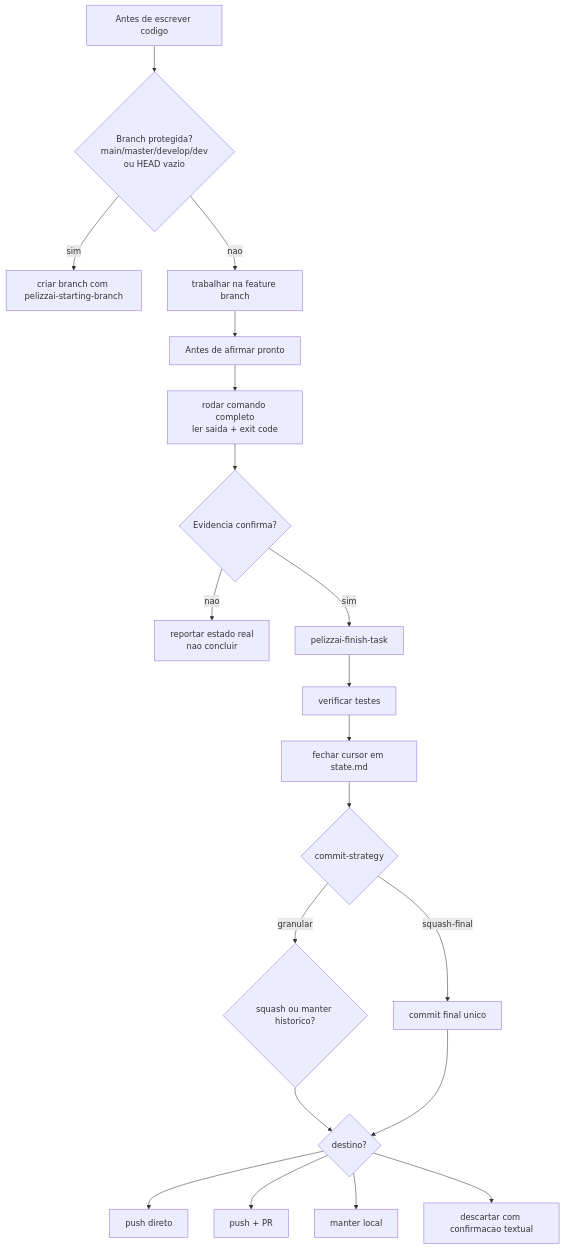
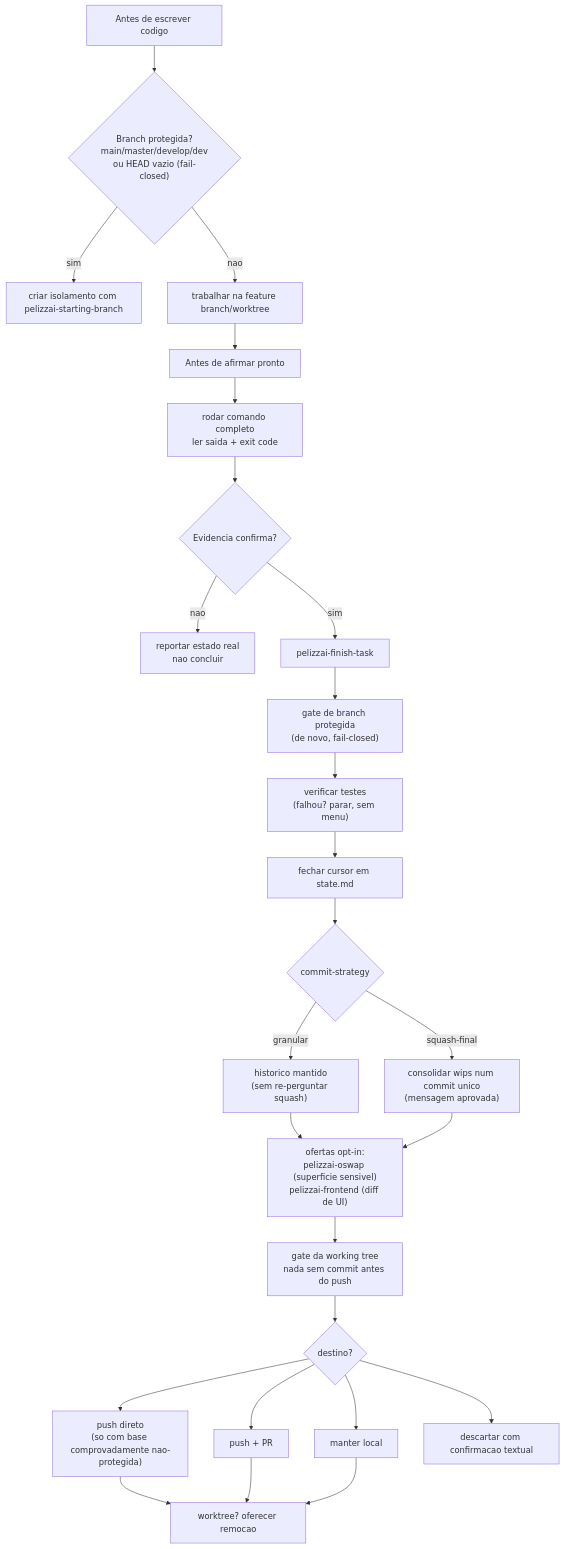
One commit to rpelizza/PelizzAI changed the tenth of 11 diagrams in README.md. Above: the diagram before and after it, drawn with Mermaid. The commit also changed other lines of this file and 34 other files, not shown here.

First line of the commit message:
feat(pelizzai): adiciona OODA e suporte a worktree

````diff
--- a/README.md
+++ b/README.md
@@ -343,24 +389,30 @@
 ```mermaid
 flowchart TD
-    CODE["Antes de escrever codigo"] --> BRANCH{"Branch protegida?<br/>main/master/develop/dev<br/>ou HEAD vazio"}
-    BRANCH -- "sim" --> NEWBR["criar branch com pelizzai-starting-branch"]
-    BRANCH -- "nao" --> WORK["trabalhar na feature branch"]
+    CODE["Antes de escrever codigo"] --> BRANCH{"Branch protegida?<br/>main/master/develop/dev<br/>ou HEAD vazio (fail-closed)"}
+    BRANCH -- "sim" --> NEWBR["criar isolamento com pelizzai-starting-branch"]
+    BRANCH -- "nao" --> WORK["trabalhar na feature branch/worktree"]
 
     WORK --> CLAIM["Antes de afirmar pronto"]
     CLAIM --> VERIFY["rodar comando completo<br/>ler saida + exit code"]
     VERIFY --> PASS{"Evidencia confirma?"}
     PASS -- "nao" --> REAL["reportar estado real<br/>nao concluir"]
     PASS -- "sim" --> FINISH["pelizzai-finish-task"]
 
-    FINISH --> TESTS["verificar testes"]
+    FINISH --> GUARD["gate de branch protegida<br/>(de novo, fail-closed)"]
+    GUARD --> TESTS["verificar testes<br/>(falhou? parar, sem menu)"]
     TESTS --> CURSOR["fechar cursor em state.md"]
     CURSOR --> STRATEGY{"commit-strategy"}
-    STRATEGY -- "granular" --> SQUASH{"squash ou manter historico?"}
-    STRATEGY -- "squash-final" --> ONE["commit final unico"]
-    SQUASH --> DEST{"destino?"}
-    ONE --> DEST
-    DEST --> PUSH["push direto"]
+    STRATEGY -- "granular" --> KEEP["historico mantido<br/>(sem re-perguntar squash)"]
+    STRATEGY -- "squash-final" --> ONE["consolidar wips num commit unico<br/>(mensagem aprovada)"]
+    KEEP --> OFFERS["ofertas opt-in:<br/>pelizzai-oswap (superficie sensivel)<br/>pelizzai-frontend (diff de UI)"]
+    ONE --> OFFERS
+    OFFERS --> TREE["gate da working tree<br/>nada sem commit antes do push"]
+    TREE --> DEST{"destino?"}
+    DEST --> PUSH["push direto<br/>(so com base comprovadamente nao-protegida)"]
     DEST --> PR["push + PR"]
     DEST --> LOCAL["manter local"]
     DEST --> DISCARD["descartar com confirmacao textual"]
+    PUSH --> WT["worktree? oferecer remocao"]
+    PR --> WT
+    LOCAL --> WT
 ```
````
